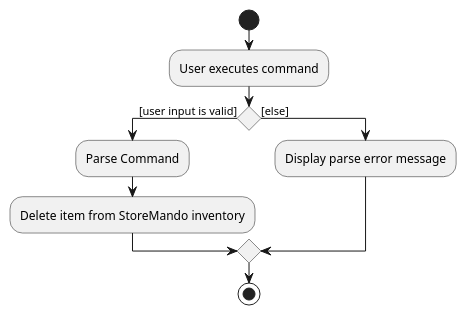
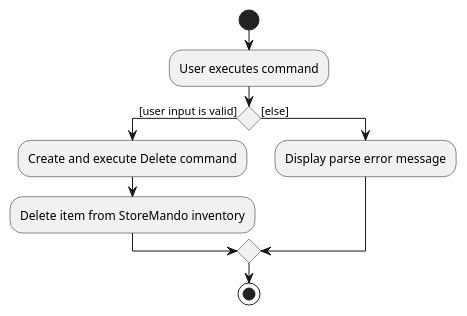
The diagram in docs/diagrams/DeleteActivityDiagram.puml (nus-cs2103-AY2021S2/tp), drawn with PlantUML before and after one commit.

Commit message:
Minor changes to DeleteActivityDiagram

```diff
--- a/docs/diagrams/DeleteActivityDiagram.puml
+++ b/docs/diagrams/DeleteActivityDiagram.puml
@@ -1,15 +1,15 @@
 @startuml
 start
 :User executes command;
 
 'Since the beta syntax does not support placing the condition outside the
 'diamond we place it as the true branch instead.
 
 if () then ([user input is valid])
-    :Parse Command;
+    :Create and execute Delete command;
     :Delete item from StoreMando inventory;
 else ([else])
     :Display parse error message;
 endif
 stop
 @enduml
```
